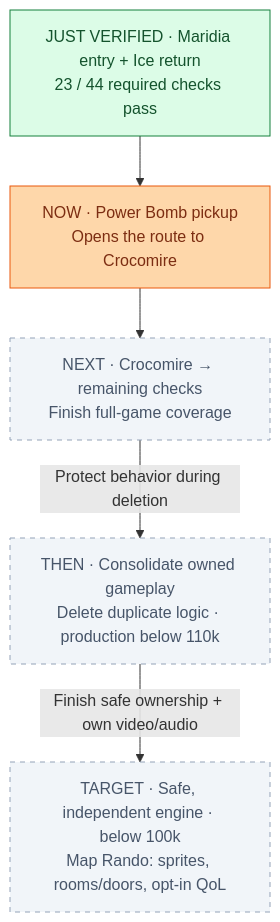
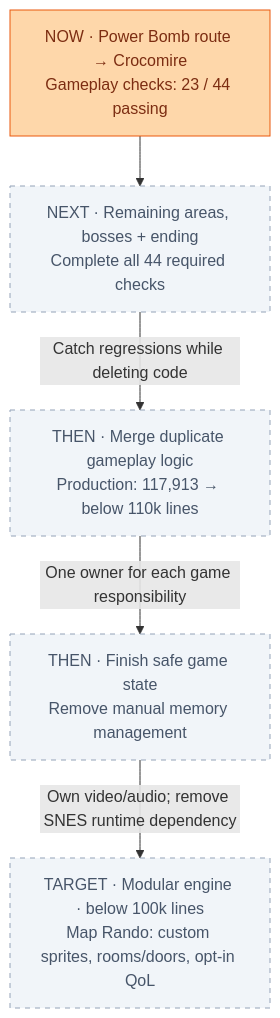
The diagram in PROGRESS.md (JimLundin/sm-decomp), drawn with Mermaid before and after one commit.

Commit message:
docs: connect current checks to engine target; static checks pass

````diff
--- a/PROGRESS.md
+++ b/PROGRESS.md
@@ -3,14 +3,14 @@
 ```mermaid
 flowchart TB
-    DONE["JUST VERIFIED · Maridia entry + Ice return<br/>23 / 44 required checks pass"]:::done
-    NOW["NOW · Power Bomb pickup<br/>Opens the route to Crocomire"]:::active
-    NEXT["NEXT · Crocomire → remaining checks<br/>Finish full-game coverage"]:::pending
-    DELETE["THEN · Consolidate owned gameplay<br/>Delete duplicate logic · production below 110k"]:::pending
-    TARGET["TARGET · Safe, independent engine · below 100k<br/>Map Rando: sprites, rooms/doors, opt-in QoL"]:::pending
-    DONE --> NOW --> NEXT
-    NEXT -->|Protect behavior during deletion| DELETE
-    DELETE -->|Finish safe ownership + own video/audio| TARGET
-    classDef done fill:#dcfce7,stroke:#15803d,color:#14532d
+    NOW["NOW · Power Bomb route → Crocomire<br/>Gameplay checks: 23 / 44 passing"]:::active
+    NEXT["NEXT · Remaining areas, bosses + ending<br/>Complete all 44 required checks"]:::pending
+    DELETE["THEN · Merge duplicate gameplay logic<br/>Production: 117,913 → below 110k lines"]:::pending
+    OWN["THEN · Finish safe game state<br/>Remove manual memory management"]:::pending
+    TARGET["TARGET · Modular engine · below 100k lines<br/>Map Rando: custom sprites, rooms/doors, opt-in QoL"]:::pending
+    NOW --> NEXT
+    NEXT -->|Catch regressions while deleting code| DELETE
+    DELETE -->|One owner for each game responsibility| OWN
+    OWN -->|Own video/audio; remove SNES runtime dependency| TARGET
     classDef active fill:#fed7aa,stroke:#ea580c,color:#7c2d12
     classDef pending fill:#f1f5f9,stroke:#94a3b8,color:#475569,stroke-dasharray:5 5
 ```
````
